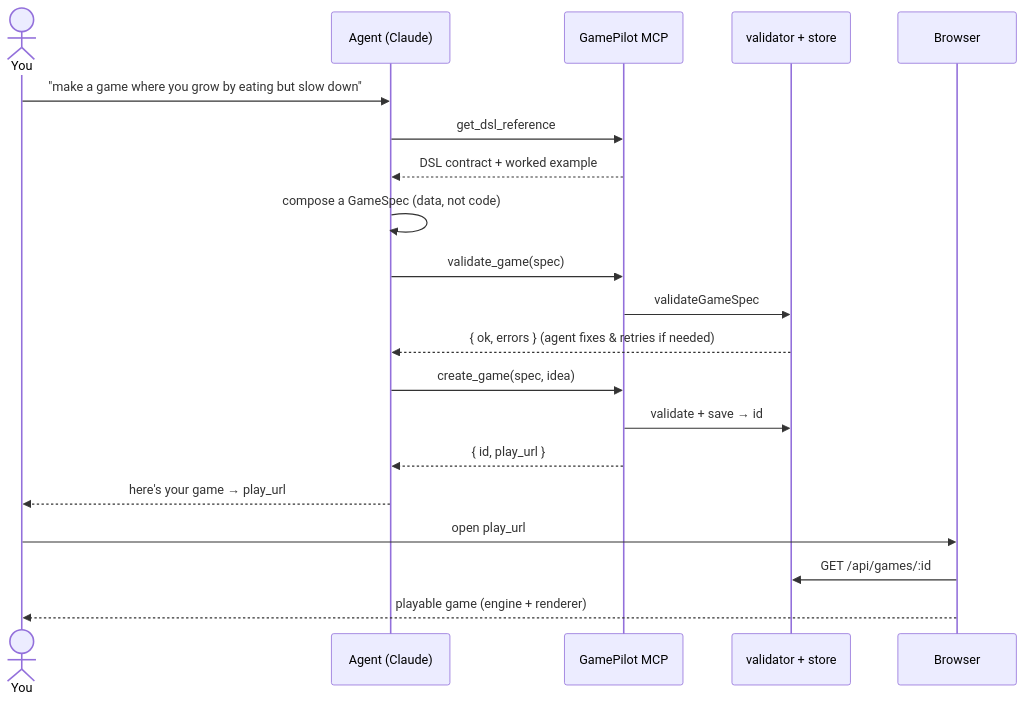
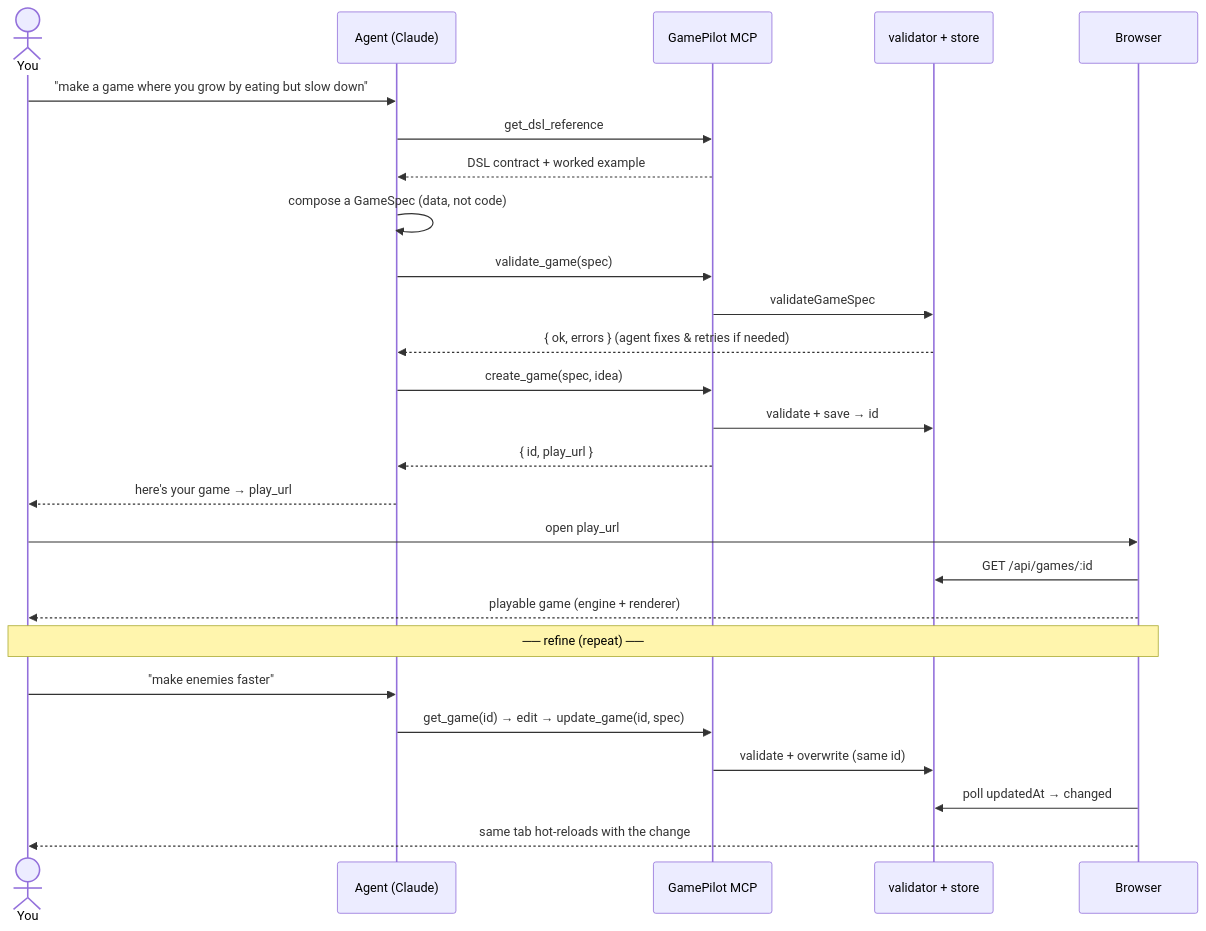
The fourth of 5 diagrams in README.md (ybj91/GamePilot), drawn with Mermaid before and after one commit. The commit also changed other lines of this file and 7 other files, not shown here.

First line of the commit message:
Iterative game editing: update_game + live hot-reload

````diff
--- a/README.md
+++ b/README.md
@@ -156,23 +169,30 @@
 ```mermaid
 sequenceDiagram
     actor U as You
     participant Ag as Agent (Claude)
     participant MCP as GamePilot MCP
     participant St as validator + store
     participant Web as Browser
 
     U->>Ag: "make a game where you grow by eating but slow down"
     Ag->>MCP: get_dsl_reference
     MCP-->>Ag: DSL contract + worked example
     Ag->>Ag: compose a GameSpec (data, not code)
     Ag->>MCP: validate_game(spec)
     MCP->>St: validateGameSpec
     St-->>Ag: { ok, errors }  (agent fixes & retries if needed)
     Ag->>MCP: create_game(spec, idea)
     MCP->>St: validate + save → id
     MCP-->>Ag: { id, play_url }
     Ag-->>U: here's your game → play_url
     U->>Web: open play_url
     Web->>St: GET /api/games/:id
     Web-->>U: playable game (engine + renderer)
+
+    Note over U,Web: ── refine (repeat) ──
+    U->>Ag: "make enemies faster"
+    Ag->>MCP: get_game(id) → edit → update_game(id, spec)
+    MCP->>St: validate + overwrite (same id)
+    Web->>St: poll updatedAt → changed
+    Web-->>U: same tab hot-reloads with the change
 ```
````
